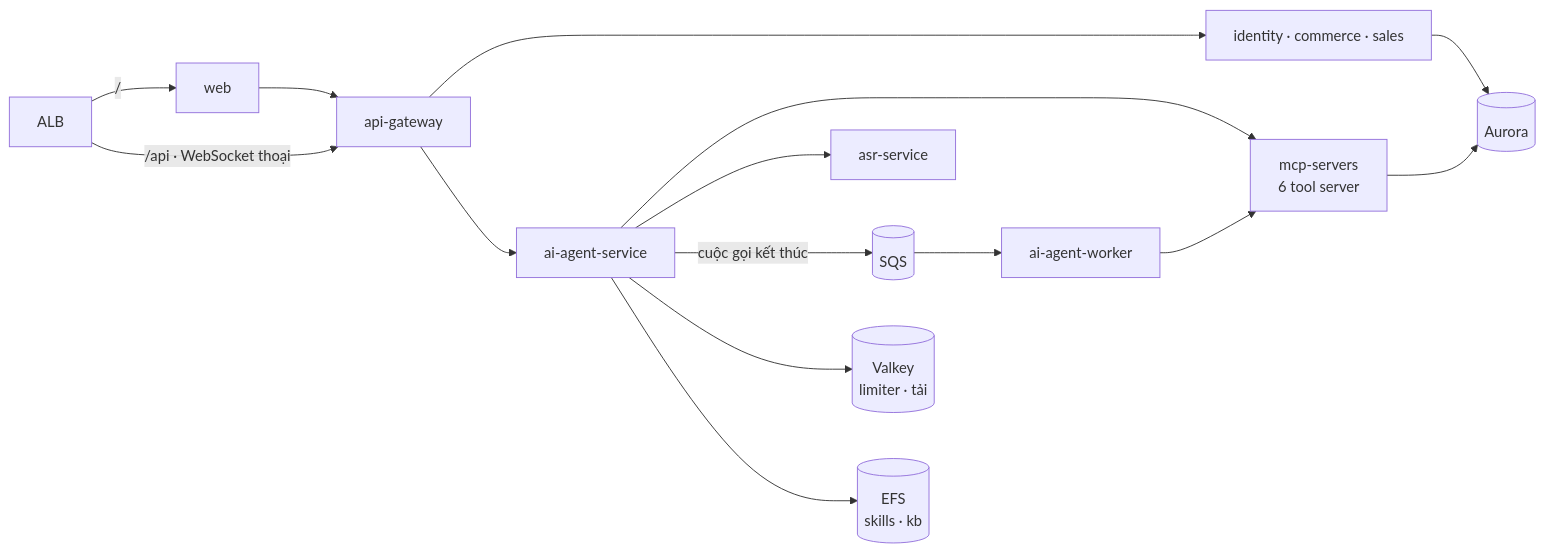
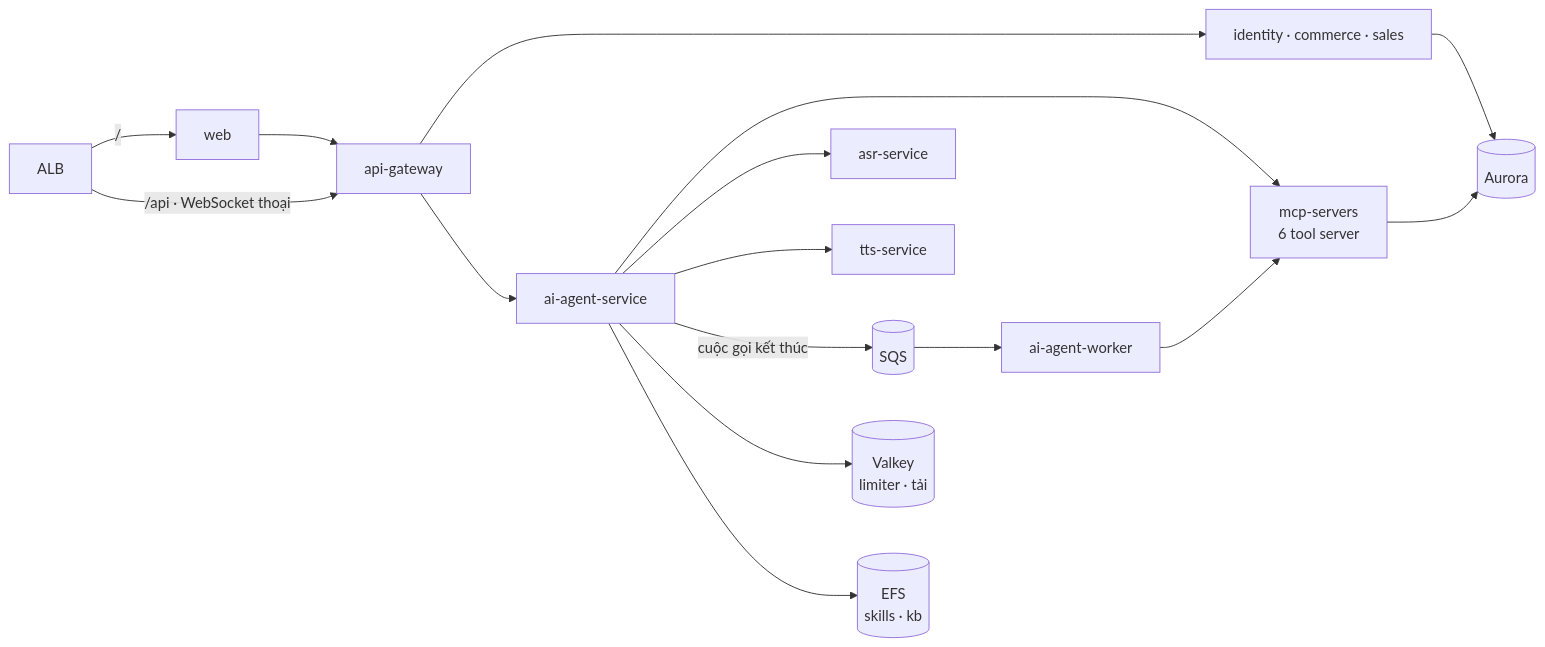
The third of 5 diagrams in docs/deployment/eks-architecture.md (queenley/capstone_sudocode2026), drawn with Mermaid before and after one commit. The commit also changed other lines of this file and 30 other files, not shown here.

````diff
--- a/docs/deployment/eks-architecture.md
+++ b/docs/deployment/eks-architecture.md
@@ -131,18 +131,19 @@
 ```mermaid
 flowchart LR
     ALB["ALB"] -->|"/"| WEB["web"]
     ALB -->|"/api · WebSocket thoại"| GW["api-gateway"]
     WEB --> GW
     GW --> SVC["identity · commerce · sales"]
     GW --> AG["ai-agent-service"]
     AG --> MCP["mcp-servers<br/>6 tool server"]
     AG --> ASR["asr-service"]
+    AG --> TTS["tts-service"]
     AG -->|"cuộc gọi kết thúc"| SQS[("SQS")]
     SQS --> WRK["ai-agent-worker"]
     WRK --> MCP
 
     SVC --> DB[("Aurora")]
     MCP --> DB
     AG --> VK[("Valkey<br/>limiter · tải")]
     AG --> EFS[("EFS<br/>skills · kb")]
 ```
````
